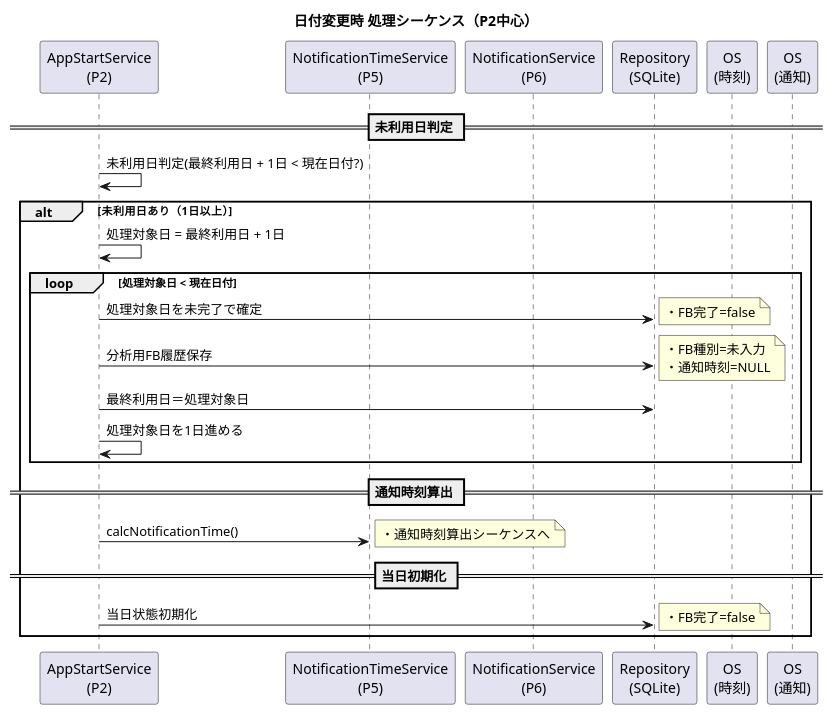
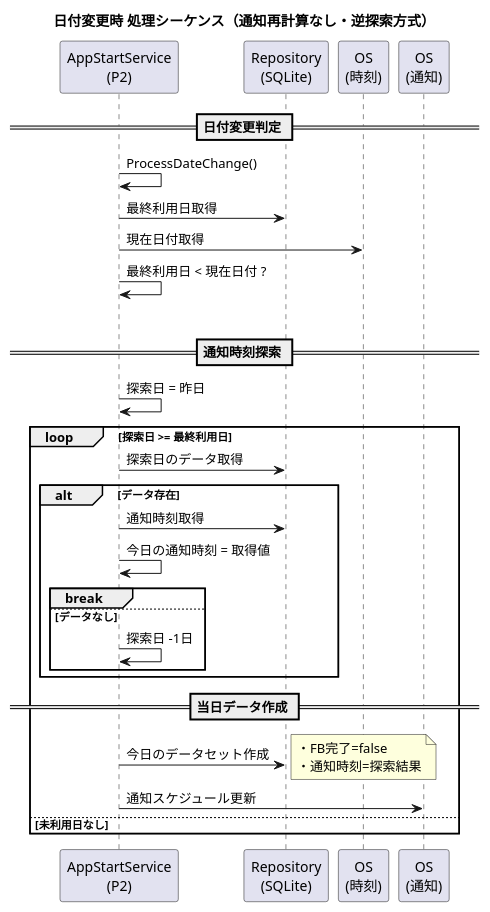
Before and after one commit to akamatrixxx/justtime: the diagram in assets/specifications/詳細設計/シーケンス図/03_日付変更時処理シーケンス.pu, drawn with PlantUML. The commit also changed 3 other files, not shown here.

```diff
--- a/assets/specifications/詳細設計/シーケンス図/03_日付変更時処理シーケンス.pu
+++ b/assets/specifications/詳細設計/シーケンス図/03_日付変更時処理シーケンス.pu
@@ -1,58 +1,51 @@
 @startuml
-title 日付変更時 処理シーケンス（P2中心）
+title 日付変更時 処理シーケンス（通知再計算なし・逆探索方式）
 
 participant "AppStartService\n(P2)" as P2
-participant "NotificationTimeService\n(P5)" as P5
-participant "NotificationService\n(P6)" as P6
 participant "Repository\n(SQLite)" as DB
 participant "OS\n(時刻)" as OS_Time
 participant "OS\n(通知)" as OS_Notify
 
-== 未利用日判定 ==
-  P2 -> P2 : 未利用日判定(最終利用日 + 1日 < 現在日付?)
+== 日付変更判定 ==
+P2 -> P2 : ProcessDateChange()
 
-  alt 未利用日あり（1日以上）
-    P2 -> P2 : 処理対象日 = 最終利用日 + 1日
+P2 -> DB : 最終利用日取得
+P2 -> OS_Time : 現在日付取得
 
-    loop 処理対象日 < 現在日付
-      P2 -> DB : 処理対象日を未完了で確定
-      note right
-      ・FB完了=false
-      end note
+P2 -> P2 : 最終利用日 < 現在日付 ?
 
-      P2 -> DB : 分析用FB履歴保存
-      note right
-      ・FB種別=未入力
-      ・通知時刻=NULL
-      end note
-    
-      P2 -> DB : 最終利用日＝処理対象日
+alt 未利用日あり
 
-      P2 -> P2 : 処理対象日を1日進める
+  == 通知時刻探索 ==
+  P2 -> P2 : 探索日 = 昨日
+
+  loop 探索日 >= 最終利用日
+
+    P2 -> DB : 探索日のデータ取得
+
+    alt データ存在
+      P2 -> DB : 通知時刻取得
+      P2 -> P2 : 今日の通知時刻 = 取得値
+      break
+    else データなし
+      P2 -> P2 : 探索日 -1日
     end
 
-    == 通知時刻算出 ==
-    P2 -> P5 : calcNotificationTime()
-    note right
-    ・通知時刻算出シーケンスへ
-    end note
+  end
 
+  == 当日データ作成 ==
+  P2 -> DB : 今日のデータセット作成
+  note right
+  ・FB完了=false
+  ・通知時刻=探索結果
+  end note
 
-    ' == 通知登録 ==
-    ' P2 -> P6 : scheduleNotification()
-    ' P6 -> OS_Notify : 通知登録
+  P2 -> OS_Notify : 通知スケジュール更新
 
-        == 当日初期化 ==
-    P2 -> DB : 当日状態初期化
-    note right
-    ・FB完了=false
-    end note
-end 
-
-
-
-'   == 最終利用日更新 ==
-'   P2 -> DB : 最終利用日 = 現在日付
-
+else 未利用日なし
+  note right
+  処理なし
+  end note
+end
 
 @enduml
```
